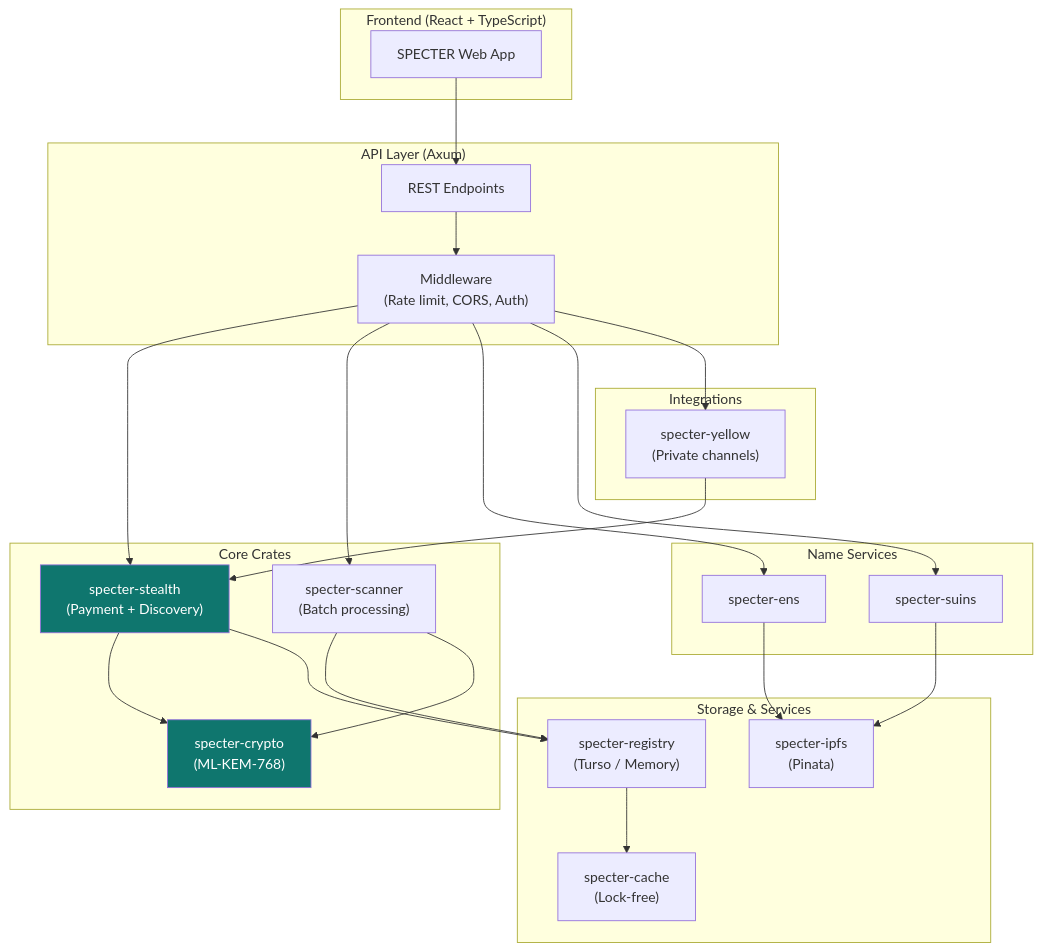
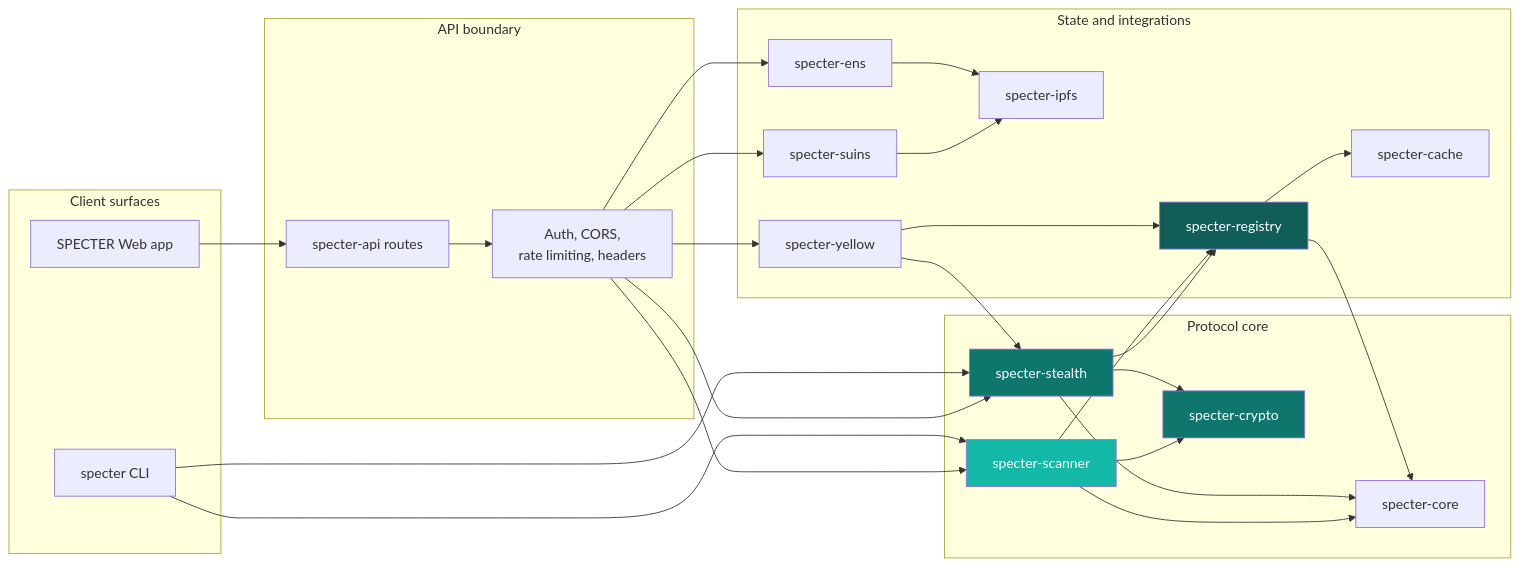
Before and after one commit to specter-privacy/docs: the first of 3 diagrams in how-it-works/architecture.mdx, drawn with Mermaid. The commit also changed 11 other files, not shown here.

````diff
--- a/how-it-works/architecture.mdx
+++ b/how-it-works/architecture.mdx
@@ -10,51 +10,57 @@
 ```mermaid
-flowchart TD
-    subgraph Frontend["Frontend (React + TypeScript)"]
-        UI["SPECTER Web App"]
+flowchart LR
+    subgraph Client["Client surfaces"]
+        UI["SPECTER Web app"]
+        CLI["specter CLI"]
     end
 
-    subgraph API["API Layer (Axum)"]
-        Routes["REST Endpoints"]
-        MW["Middleware\n(Rate limit, CORS, Auth)"]
+    subgraph API["API boundary"]
+        Routes["specter-api routes"]
+        MW["Auth, CORS,\nrate limiting, headers"]
     end
 
-    subgraph Core["Core Crates"]
-        Crypto["specter-crypto\n(ML-KEM-768)"]
-        Stealth["specter-stealth\n(Payment + Discovery)"]
-        Scanner["specter-scanner\n(Batch processing)"]
+    subgraph Core["Protocol core"]
+        CoreTypes["specter-core"]
+        Crypto["specter-crypto"]
+        Stealth["specter-stealth"]
+        Scanner["specter-scanner"]
     end
 
-    subgraph Storage["Storage & Services"]
-        Registry["specter-registry\n(Turso / Memory)"]
-        Cache["specter-cache\n(Lock-free)"]
-        IPFS["specter-ipfs\n(Pinata)"]
-    end
-
-    subgraph Names["Name Services"]
+    subgraph Services["State and integrations"]
+        Registry["specter-registry"]
+        Cache["specter-cache"]
         ENS["specter-ens"]
         SuiNS["specter-suins"]
-    end
-
-    subgraph Integration["Integrations"]
-        Yellow["specter-yellow\n(Private channels)"]
+        IPFS["specter-ipfs"]
+        Yellow["specter-yellow"]
     end
 
     UI --> Routes
+    CLI --> Stealth
+    CLI --> Scanner
+
     Routes --> MW
     MW --> Stealth
+    MW --> Scanner
+    MW --> ENS
+    MW --> SuiNS
+    MW --> Yellow
+
     Stealth --> Crypto
-    MW --> Scanner
     Scanner --> Registry
     Scanner --> Crypto
-    MW --> ENS
-    MW --> SuiNS
     ENS --> IPFS
     SuiNS --> IPFS
-    MW --> Yellow
     Yellow --> Stealth
+    Yellow --> Registry
     Stealth --> Registry
     Registry --> Cache
+    Stealth --> CoreTypes
+    Scanner --> CoreTypes
+    Registry --> CoreTypes
 
     style Crypto fill:#0F766E,color:#fff
     style Stealth fill:#0F766E,color:#fff
+    style Scanner fill:#14B8A6,color:#fff
+    style Registry fill:#115E59,color:#fff
 ```
````
